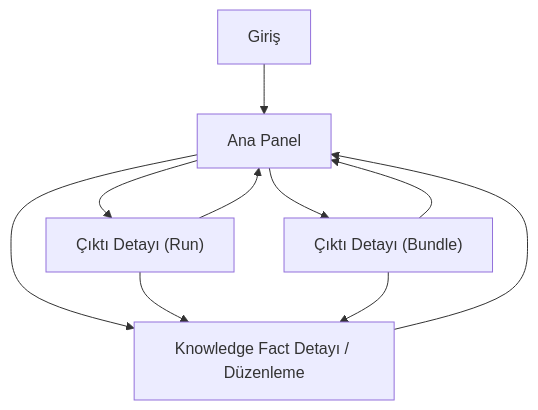
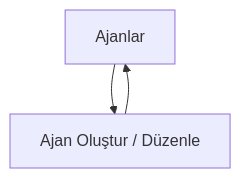
The diagram in .trae/documents/agent-portal-prd.md (kadirogreten/ai_agent), drawn with Mermaid before and after one commit. The commit also changed other lines of this file and 10 other files, not shown here.

````diff
--- a/.trae/documents/agent-portal-prd.md
+++ b/.trae/documents/agent-portal-prd.md
@@ -45,12 +28,5 @@
 ```mermaid
 graph TD
-  A["Giriş"] --> B["Ana Panel"]
-  B --> C["Çıktı Detayı (Run)"]
-  B --> D["Çıktı Detayı (Bundle)"]
-  B --> E["Knowledge Fact Detayı / Düzenleme"]
-  C --> E
-  D --> E
-  C --> B
-  D --> B
-  E --> B
+  A["Ajanlar"] --> B["Ajan Oluştur / Düzenle"]
+  B --> A
 ```
````
